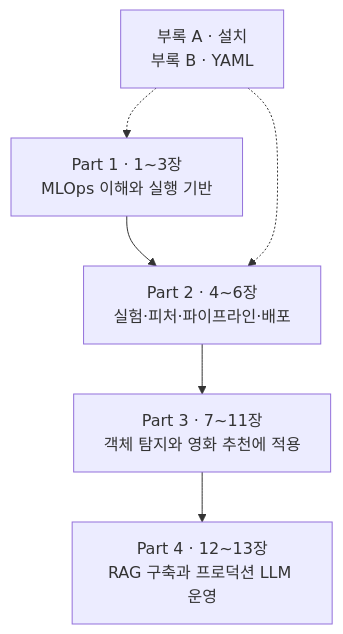
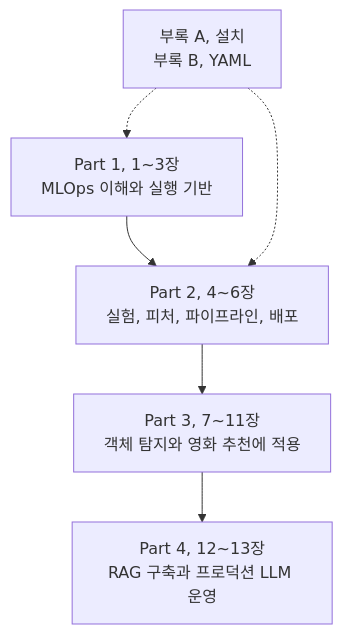
Before and after one commit to johklo/johklo.github.io: the diagram in content/docs/tech/machine-learning-platform-engineering/00-overview.md, drawn with Mermaid. The commit also changed other lines of this file and 14 other files, not shown here.

````diff
--- a/content/docs/tech/machine-learning-platform-engineering/00-overview.md
+++ b/content/docs/tech/machine-learning-platform-engineering/00-overview.md
@@ -24,10 +16,10 @@
 ```mermaid
 flowchart TD
     accTitle: 책의 네 Part와 학습 흐름
     accDescr: 1장부터 3장에서 기초를 만들고, 4장부터 6장에서 플랫폼 기능을 연결한다. 7장부터 11장에서 객체 탐지와 추천에 적용한 뒤 12장과 13장에서 RAG와 LLM 운영으로 확장한다.
-    A["Part 1 · 1~3장<br/>MLOps 이해와 실행 기반"] --> B["Part 2 · 4~6장<br/>실험·피처·파이프라인·배포"]
-    B --> C["Part 3 · 7~11장<br/>객체 탐지와 영화 추천에 적용"]
-    C --> D["Part 4 · 12~13장<br/>RAG 구축과 프로덕션 LLM 운영"]
-    E["부록 A · 설치<br/>부록 B · YAML"] -.-> A
+    A["Part 1, 1~3장<br/>MLOps 이해와 실행 기반"] --> B["Part 2, 4~6장<br/>실험, 피처, 파이프라인, 배포"]
+    B --> C["Part 3, 7~11장<br/>객체 탐지와 영화 추천에 적용"]
+    C --> D["Part 4, 12~13장<br/>RAG 구축과 프로덕션 LLM 운영"]
+    E["부록 A, 설치<br/>부록 B, YAML"] -.-> A
     E -.-> B
 ```
````
